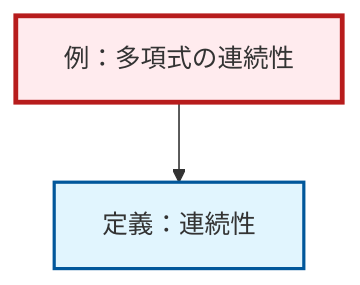
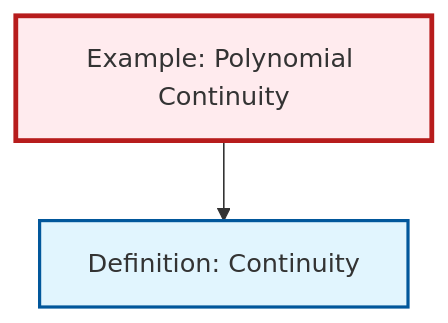
One commit to RK0429/ModernMath changed the diagram in content/ja/analysis/ex-polynomial-continuity.qmd. Above: the diagram before and after it, drawn with Mermaid. The commit also changed 203 other files, not shown here.

````diff
--- a/content/ja/analysis/ex-polynomial-continuity.qmd
+++ b/content/ja/analysis/ex-polynomial-continuity.qmd
@@ -57,15 +57,13 @@
 ```{mermaid}
-%%| fig-cap: "ローカル依存グラフ"
+%%| fig-cap: "Local dependency graph"
 graph TD
     classDef definition fill:#e1f5fe,stroke:#01579b,stroke-width:2px
     classDef theorem fill:#f3e5f5,stroke:#4a148c,stroke-width:2px
     classDef axiom fill:#fff3e0,stroke:#e65100,stroke-width:2px
     classDef example fill:#e8f5e9,stroke:#1b5e20,stroke-width:2px
     classDef current fill:#ffebee,stroke:#b71c1c,stroke-width:3px
-    def-continuity["定義：連続性"]:::definition
-    ex-polynomial-continuity["例：多項式の連続性"]:::example
+    def-continuity["Definition: Continuity"]:::definition
+    ex-polynomial-continuity["Example: Polynomial Continuity"]:::example
     ex-polynomial-continuity --> def-continuity
     class ex-polynomial-continuity current
-
-    click def-continuity "def-continuity.html" "Go to 定義：連続性"
 ```
````
